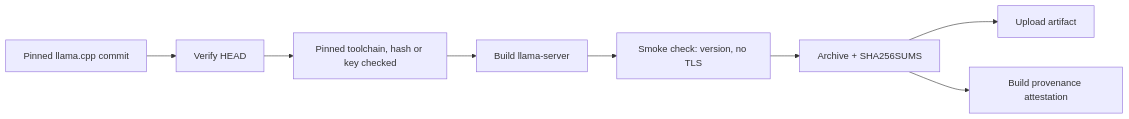
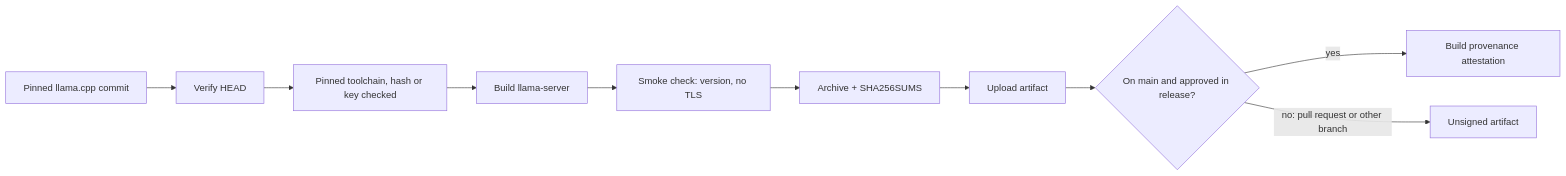
Before and after one commit to ztc0/goop: the diagram in docs/research/spike-llama-server-build.md, drawn with Mermaid. The commit also changed other lines of this file and 2 other files, not shown here.

Commit message:
ci(spikes): sign llama-server only on main through the release environment

````diff
--- a/docs/research/spike-llama-server-build.md
+++ b/docs/research/spike-llama-server-build.md
@@ -59,10 +60,12 @@
 ```mermaid
 flowchart LR
     Pin[Pinned llama.cpp commit] --> Check[Verify HEAD]
     Check --> Tools[Pinned toolchain, hash or key checked]
     Tools --> Build[Build llama-server]
     Build --> Smoke[Smoke check: version, no TLS]
     Smoke --> Pack[Archive + SHA256SUMS]
     Pack --> Upload[Upload artifact]
-    Pack --> Attest[Build provenance attestation]
+    Upload --> Gate{On main and approved in release?}
+    Gate -->|yes| Attest[Build provenance attestation]
+    Gate -->|no: pull request or other branch| Unsigned[Unsigned artifact]
 ```
````
